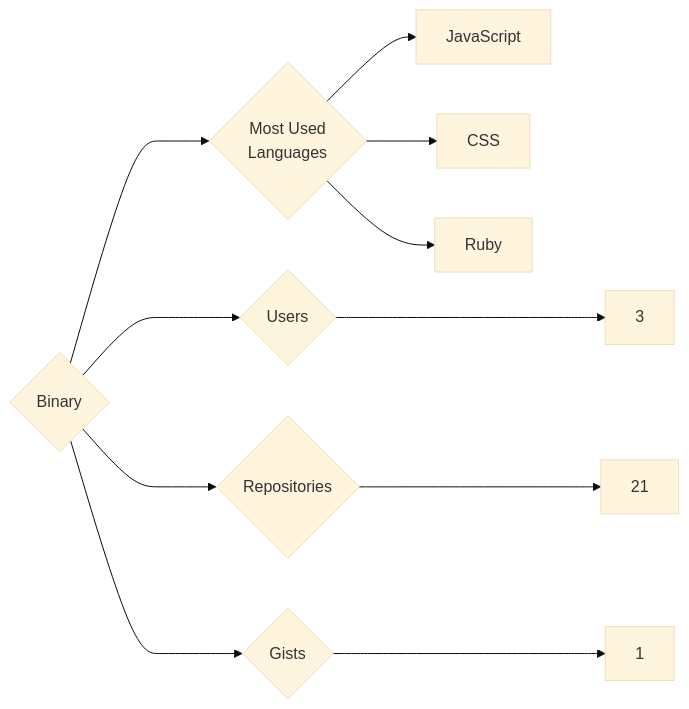
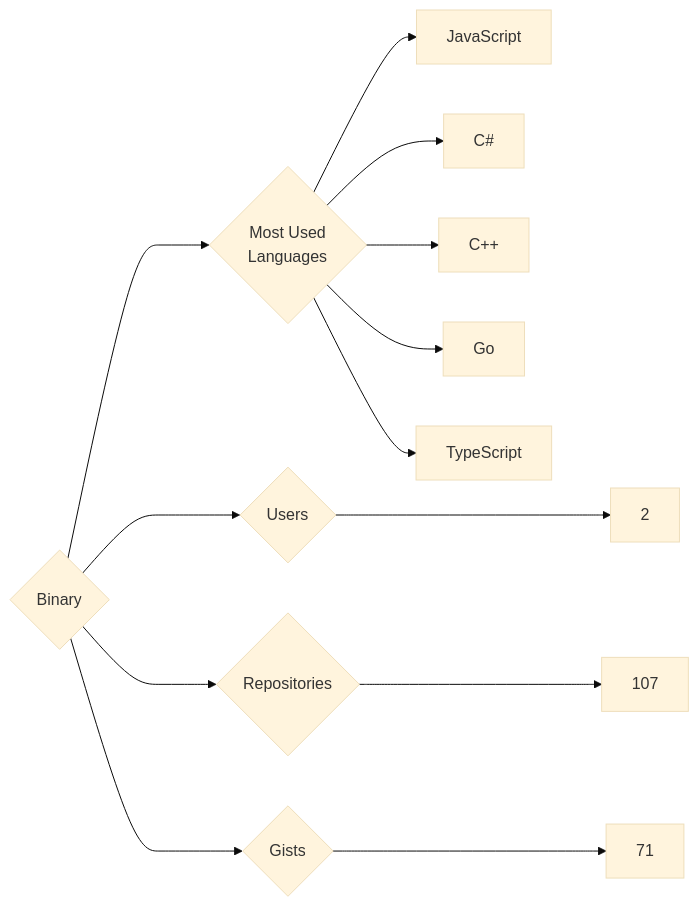
Before and after one commit to trickest/insiders: the diagram in targets/Binary/README.md, drawn with Mermaid (base theme). The commit also changed 944 other files, not shown here.

````diff
--- a/targets/Binary/README.md
+++ b/targets/Binary/README.md
@@ -3,11 +3,13 @@
 ```mermaid
 graph LR
 COMPANY_NAME{Binary}
-COMPANY_NAME ---> U{Users} ---> UN[3]
-COMPANY_NAME ---> R{Repositories} ---> RN[21]
-COMPANY_NAME ---> G{Gists} ---> GN[1]
+COMPANY_NAME ---> U{Users} ---> UN[2]
+COMPANY_NAME ---> R{Repositories} ---> RN[107]
+COMPANY_NAME ---> G{Gists} ---> GN[71]
 COMPANY_NAME ---> ML{Most Used<br>Languages}
 ML --> JavaScript[JavaScript]
-ML --> CSS[CSS]
-ML --> Ruby[Ruby]
+ML --> C#[C#]
+ML --> C++[C++]
+ML --> Go[Go]
+ML --> TypeScript[TypeScript]
 ```
````
